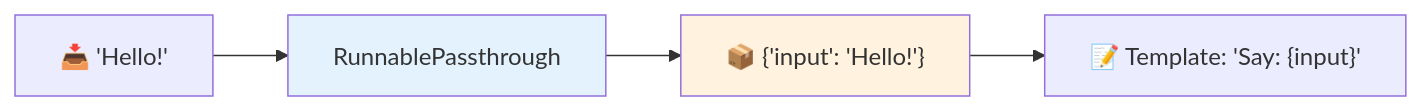
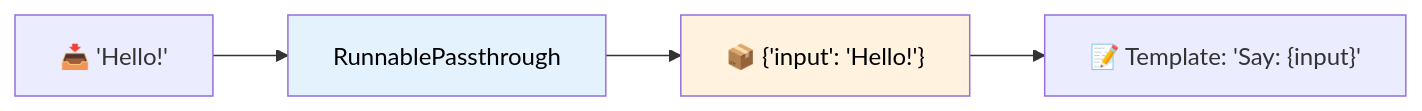
Before and after one commit to remolaan/Agentic-AI-Cookbook: the second of 4 diagrams in 13_lcel/README.md, drawn with Mermaid. The commit also changed other lines of this file and 45 other files, not shown here.

Commit message:
Fix Mermaid diagram text colors for readability across all READMEs

````diff
--- a/13_lcel/README.md
+++ b/13_lcel/README.md
@@ -53,9 +53,9 @@
 ```mermaid
 flowchart LR
     I["📥 'Hello!'"] --> P["RunnablePassthrough"]
     P --> D["📦 {'input': 'Hello!'}"]
     D --> T["📝 Template: 'Say: {input}'"]
     
-    style P fill:#e3f2fd
-    style D fill:#fff3e0
+    style P fill:#e3f2fd,color:#000000
+    style D fill:#fff3e0,color:#000000
 ```
````
